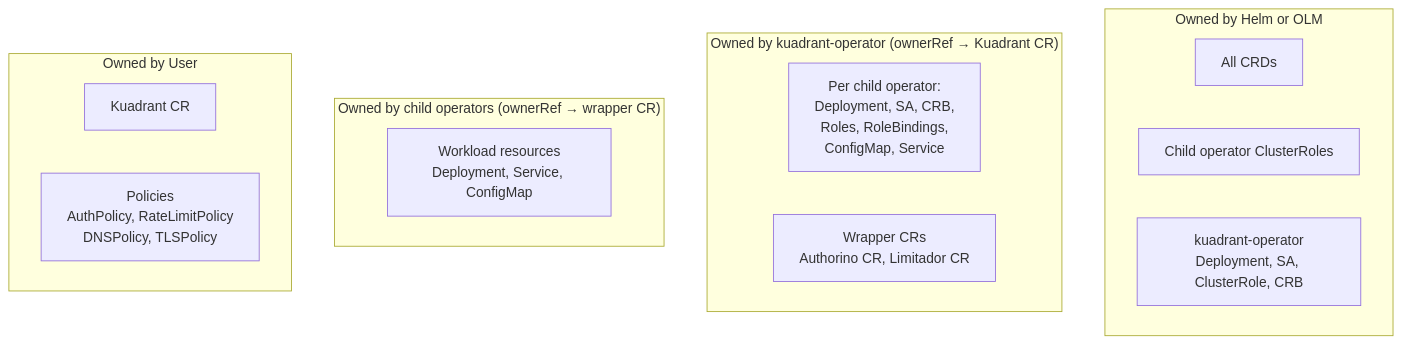
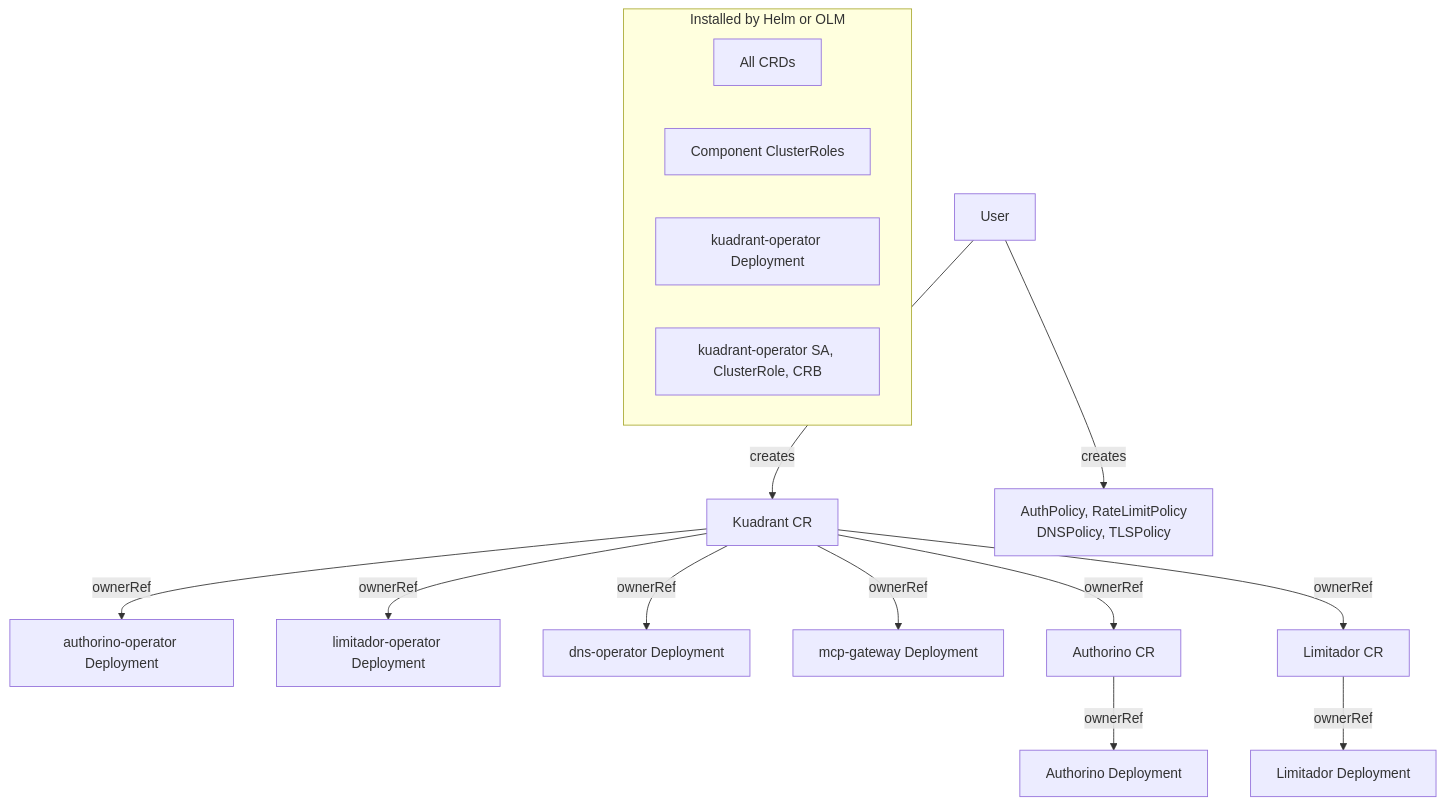
One commit to Kuadrant/kuadrant-operator changed the sixth of 6 diagrams in docs/olmv1-phase1-architecture.md. Above: the diagram before and after it, drawn with Mermaid. The commit also changed other lines of this file and 83 other files, not shown here.

First line of the commit message:
refactor: Go sync tool and config/child-operators restructure

````diff
--- a/docs/olmv1-phase1-architecture.md
+++ b/docs/olmv1-phase1-architecture.md
@@ -160,22 +160,22 @@
 ```mermaid
 graph TB
-    subgraph helm_olm["Owned by Helm or OLM"]
+    USER["User"] -->|"creates"| KCR["Kuadrant CR"]
+    USER -->|"creates"| POLICIES["AuthPolicy, RateLimitPolicy<br/>DNSPolicy, TLSPolicy"]
+
+    subgraph installer["Installed by Helm or OLM"]
         CRDs["All CRDs"]
-        CR["Child operator ClusterRoles"]
-        KOP["kuadrant-operator<br/>Deployment, SA, ClusterRole, CRB"]
+        CR["Component ClusterRoles"]
+        KOP_DEP["kuadrant-operator Deployment"]
+        KOP_RBAC["kuadrant-operator SA, ClusterRole, CRB"]
     end
 
-    subgraph kuadrant_op["Owned by kuadrant-operator (ownerRef → Kuadrant CR)"]
-        CHILD["Per child operator:<br/>Deployment, SA, CRB,<br/>Roles, RoleBindings,<br/>ConfigMap, Service"]
-        WRAPPER["Wrapper CRs<br/>Authorino CR, Limitador CR"]
-    end
+    KCR -->|"ownerRef"| AUTH_OP["authorino-operator Deployment"]
+    KCR -->|"ownerRef"| LIM_OP["limitador-operator Deployment"]
+    KCR -->|"ownerRef"| DNS_OP["dns-operator Deployment"]
+    KCR -->|"ownerRef"| MCP_OP["mcp-gateway Deployment"]
+    KCR -->|"ownerRef"| AUTH_CR["Authorino CR"]
+    KCR -->|"ownerRef"| LIM_CR["Limitador CR"]
 
-    subgraph child_op["Owned by child operators (ownerRef → wrapper CR)"]
-        WORKLOAD["Workload resources<br/>Deployment, Service, ConfigMap"]
-    end
-
-    subgraph user["Owned by User"]
-        KCR["Kuadrant CR"]
-        POLICIES["Policies<br/>AuthPolicy, RateLimitPolicy<br/>DNSPolicy, TLSPolicy"]
-    end
+    AUTH_CR -->|"ownerRef"| AUTH_WL["Authorino Deployment"]
+    LIM_CR -->|"ownerRef"| LIM_WL["Limitador Deployment"]
 ```
````
